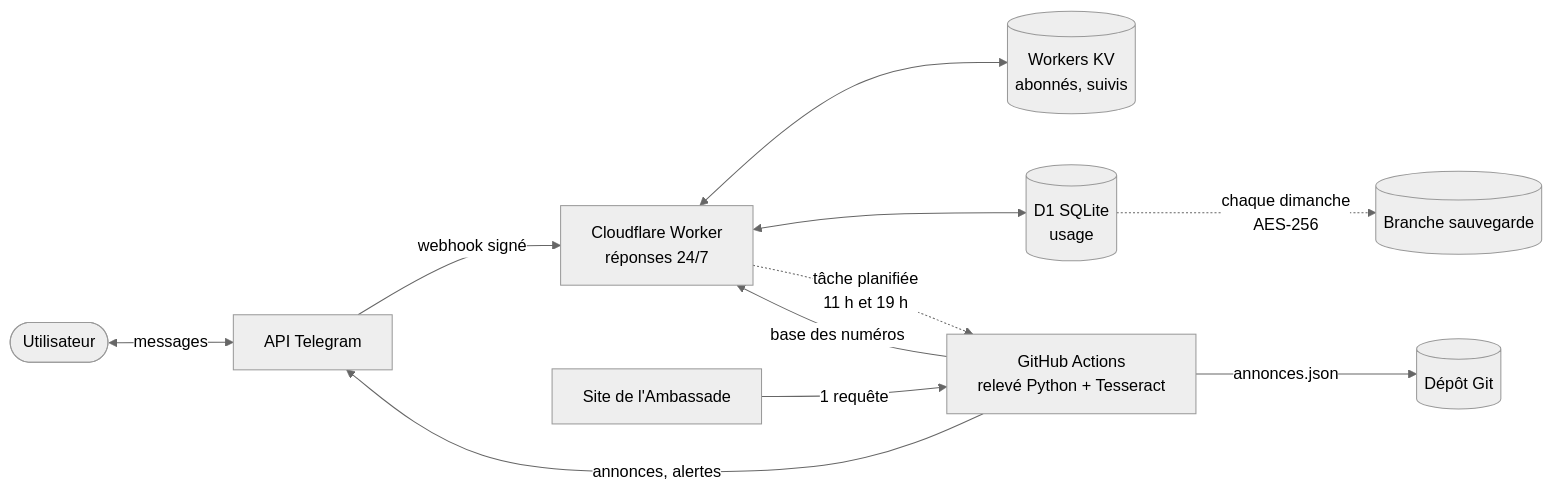
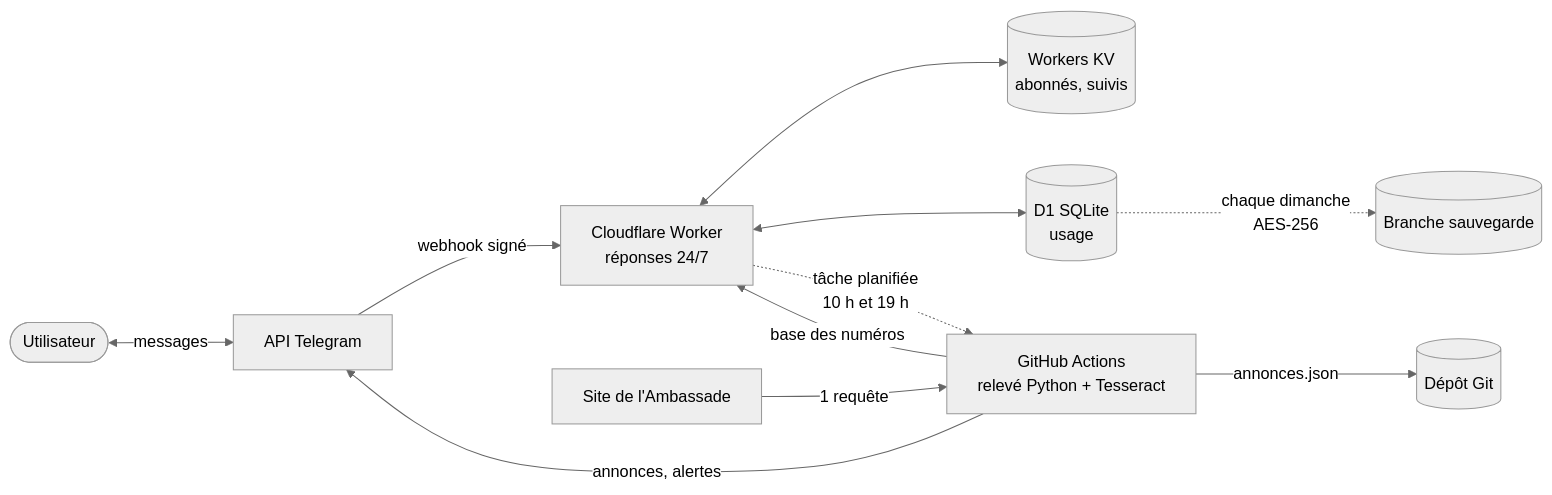
Before and after one commit to Harrylepap/suivi-passeport-mg: the diagram in README.md, drawn with Mermaid (neutral theme). The commit also changed other lines of this file and 7 other files, not shown here.

````diff
--- a/README.md
+++ b/README.md
@@ -53,14 +53,14 @@
 ```mermaid
 flowchart LR
     U([Utilisateur]) <-->|messages| TG[API Telegram]
     TG -->|webhook signé| W[Cloudflare Worker<br/>réponses 24/7]
     W <--> KV[(Workers KV<br/>abonnés, suivis)]
     W <--> D1[(D1 SQLite<br/>usage)]
 
-    W -.->|tâche planifiée<br/>11 h et 19 h| R
+    W -.->|tâche planifiée<br/>10 h et 19 h| R
     S[Site de l'Ambassade] -->|1 requête| R[GitHub Actions<br/>relevé Python + Tesseract]
     R -->|base des numéros| W
     R -->|annonces, alertes| TG
     R -->|annonces.json| G[(Dépôt Git)]
     D1 -.->|chaque dimanche<br/>AES-256| B[(Branche sauvegarde)]
 ```
````
